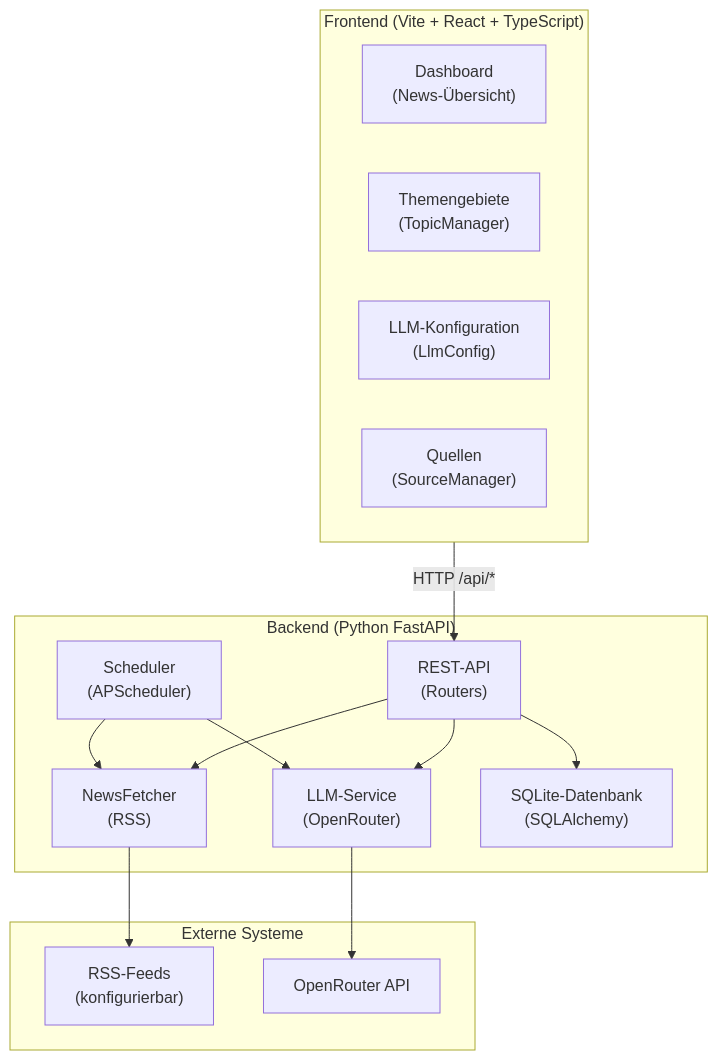
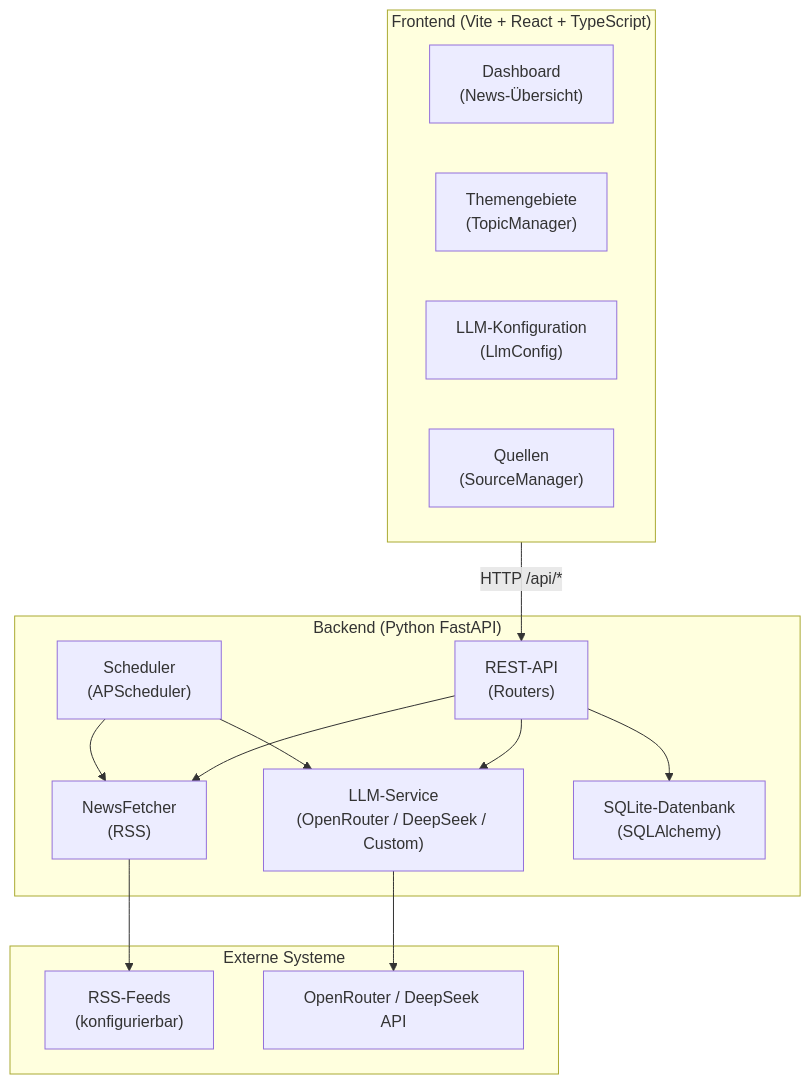
One commit to Flux78/NewsCompacter changed the diagram in documentation.md. Above: the diagram before and after it, drawn with Mermaid. The commit also changed other lines of this file and 2 other files, not shown here.

Commit message:
Docs: DeepSeek + dynamische Modell-Auswahl, Tag-Anzahl 5-8, Consolidated Summary, /models-Endpoint

````diff
--- a/documentation.md
+++ b/documentation.md
@@ -11,31 +11,31 @@
 ```mermaid
 flowchart TB
     subgraph Frontend ["Frontend (Vite + React + TypeScript)"]
         A1["Dashboard<br/>(News-Übersicht)"]
         A2["Themengebiete<br/>(TopicManager)"]
         A3["LLM-Konfiguration<br/>(LlmConfig)"]
         A4["Quellen<br/>(SourceManager)"]
     end
 
     subgraph Backend ["Backend (Python FastAPI)"]
         B1["REST-API<br/>(Routers)"]
         B2["NewsFetcher<br/>(RSS)"]
-        B3["LLM-Service<br/>(OpenRouter)"]
+        B3["LLM-Service<br/>(OpenRouter / DeepSeek / Custom)"]
         B4["Scheduler<br/>(APScheduler)"]
         B5["SQLite-Datenbank<br/>(SQLAlchemy)"]
     end
 
     subgraph Extern ["Externe Systeme"]
         C1["RSS-Feeds<br/>(konfigurierbar)"]
-        C2["OpenRouter API"]
+        C2["OpenRouter / DeepSeek API"]
     end
 
     Frontend -->|HTTP /api/*| B1
     B1 --> B5
     B2 --> C1
     B3 --> C2
     B4 --> B2
     B4 --> B3
     B1 --> B2
     B1 --> B3
 ```
````
